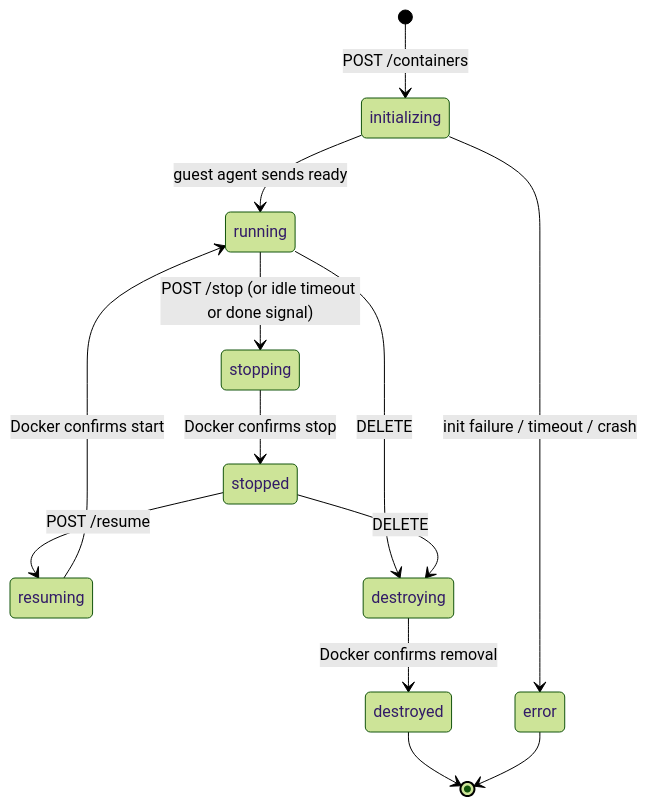
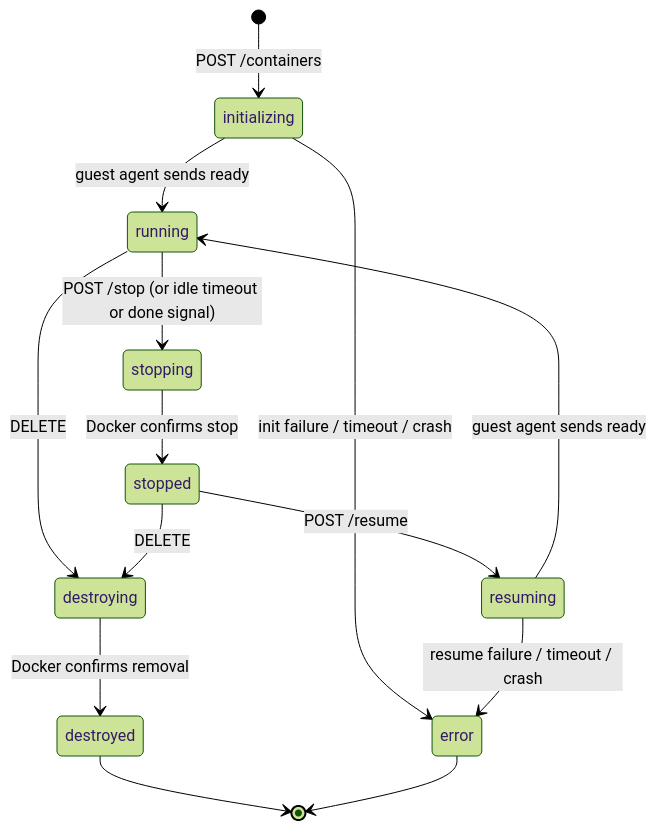
One commit to saibotsivad/drover changed the diagram in README.md. Above: the diagram before and after it, drawn with Mermaid (forest theme). The commit also changed other lines of this file and 13 other files, not shown here.

````diff
--- a/README.md
+++ b/README.md
@@ -322,15 +322,16 @@
 ```mermaid
 stateDiagram-v2
     [*] --> initializing: POST /containers
     initializing --> running: guest agent sends ready
     initializing --> error: init failure / timeout / crash
     running --> stopping: POST /stop (or idle timeout or done signal)
     stopping --> stopped: Docker confirms stop
     stopped --> resuming: POST /resume
-    resuming --> running: Docker confirms start
+    resuming --> running: guest agent sends ready
+    resuming --> error: resume failure / timeout / crash
     running --> destroying: DELETE
     stopped --> destroying: DELETE
     destroying --> destroyed: Docker confirms removal
     destroyed --> [*]
     error --> [*]
 ```
````
